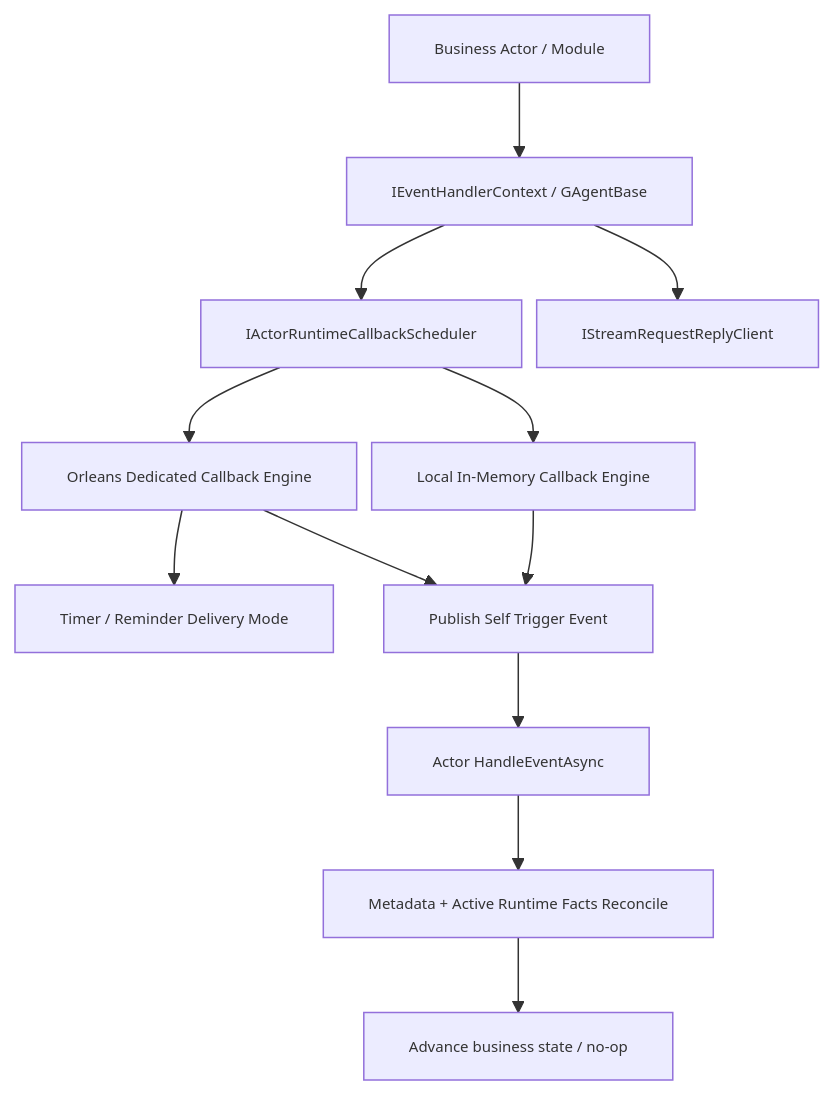
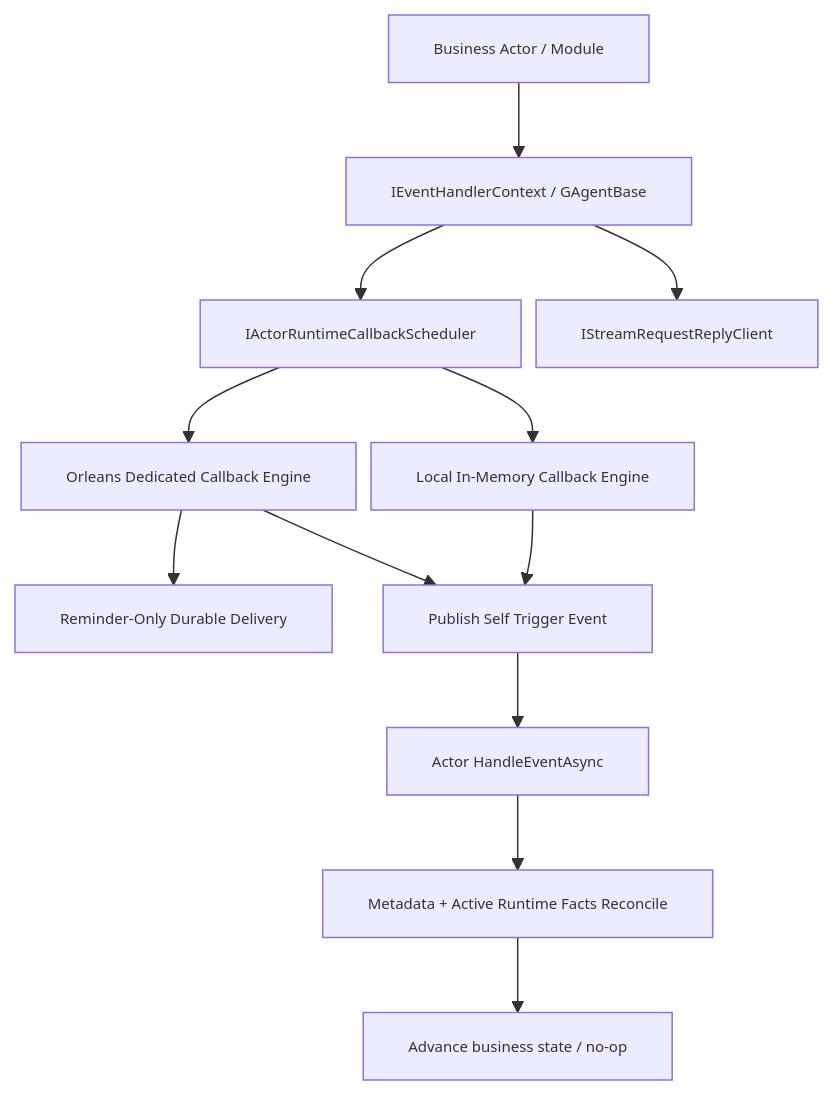
The diagram in docs/architecture/actor-runtime-stream-callback-request-reply-capability-refactor-blueprint-2026-03-05.md (aevatarAI/aevatar), drawn with Mermaid before and after one commit. The commit also changed other lines of this file and 15 other files, not shown here.

First line of the commit message:
Update scripting architecture documentation and refactor callback handling

````diff
--- a/docs/architecture/actor-runtime-stream-callback-request-reply-capability-refactor-blueprint-2026-03-05.md
+++ b/docs/architecture/actor-runtime-stream-callback-request-reply-capability-refactor-blueprint-2026-03-05.md
@@ -50,15 +50,15 @@
 ```mermaid
 %%{init: {"maxTextSize": 100000, "flowchart": {"useMaxWidth": false, "nodeSpacing": 10, "rankSpacing": 50}, "themeVariables": {"fontSize": "10px"}}}%%
 flowchart TB
     BIZ["Business Actor / Module"] --> CTX["IEventHandlerContext / GAgentBase"]
     CTX --> DUR["IActorRuntimeCallbackScheduler"]
     CTX --> RR["IStreamRequestReplyClient"]
     DUR --> LOC["Local In-Memory Callback Engine"]
     DUR --> ORL["Orleans Dedicated Callback Engine"]
-    ORL --> DM["Timer / Reminder Delivery Mode"]
+    ORL --> DM["Reminder-Only Durable Delivery"]
     LOC --> EVT["Publish Self Trigger Event"]
     ORL --> EVT
     EVT --> ACT["Actor HandleEventAsync"]
     ACT --> REC["Metadata + Active Runtime Facts Reconcile"]
     REC --> NEXT["Advance business state / no-op"]
 ```
````
